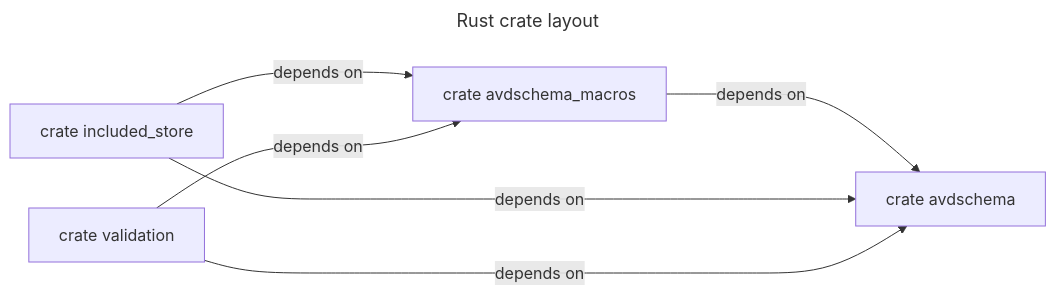
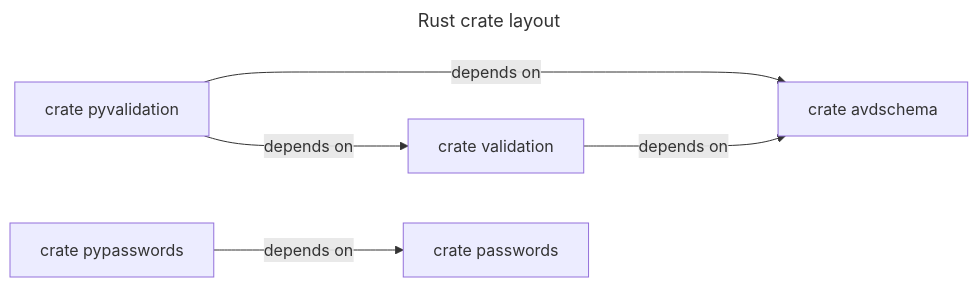
One commit to aristanetworks/pyavd-utils changed the diagram in rust/README.md. Above: the diagram before and after it, drawn with Mermaid. The commit also changed other lines of this file and 17 other files, not shown here.

Commit message:
Refactor: Remove included_store

````diff
--- a/rust/README.md
+++ b/rust/README.md
@@ -10,15 +7,15 @@
 ```mermaid
 ---
 title: Rust crate layout
 ---
 graph LR
 validation["crate validation"]
 avdschema["crate avdschema"]
-avdschema_macros["crate avdschema_macros"]
-included_store["crate included_store"]
-avdschema_macros --->|depends on| avdschema
-included_store --->|depends on| avdschema
-included_store --->|depends on| avdschema_macros
+pyvalidation["crate pyvalidation"]
 validation --->|depends on| avdschema
-validation --->|depends on| avdschema_macros
+pyvalidation --->|depends on| avdschema
+pyvalidation --->|depends on| validation
+passwords["crate passwords"]
+pypasswords["crate pypasswords"]
+pypasswords --->|depends on| passwords
 ```
````
